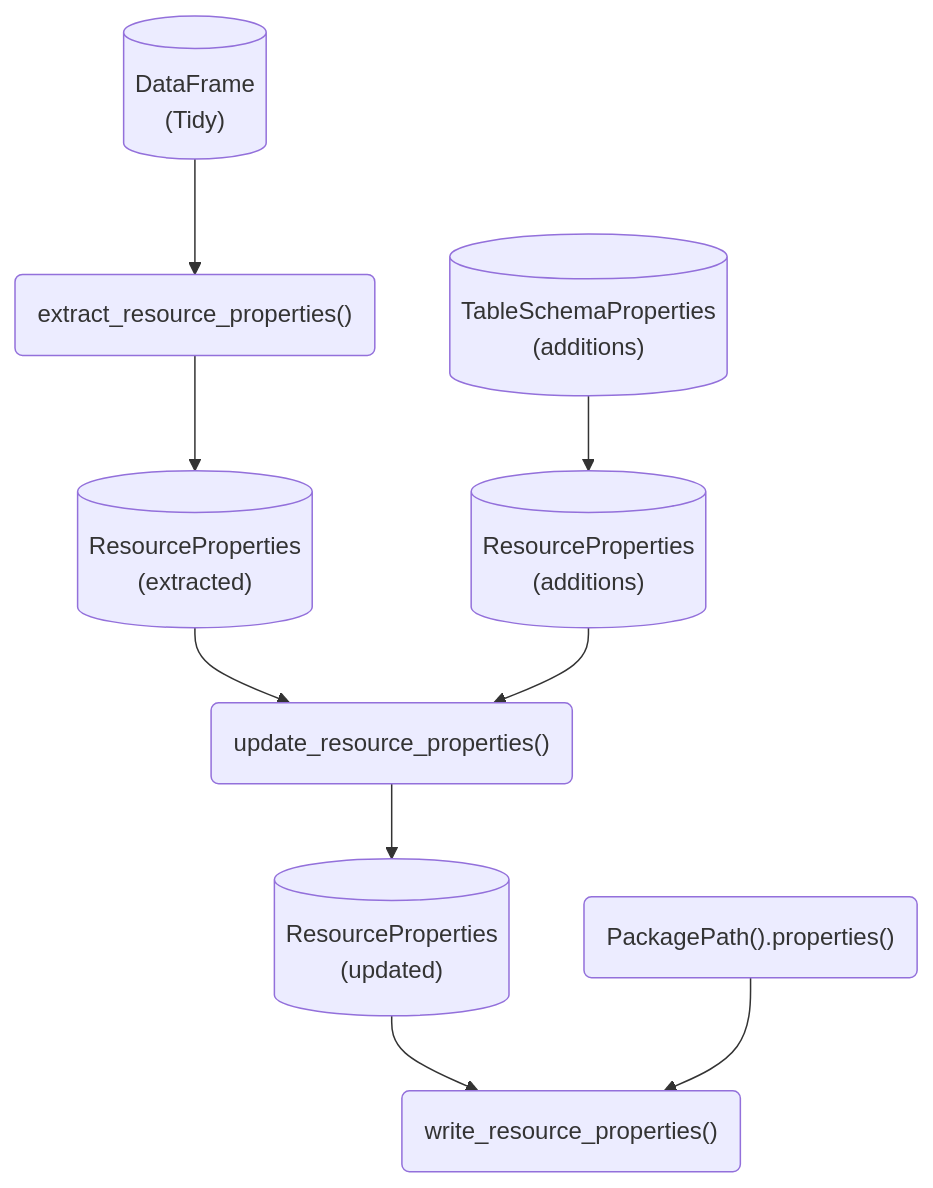
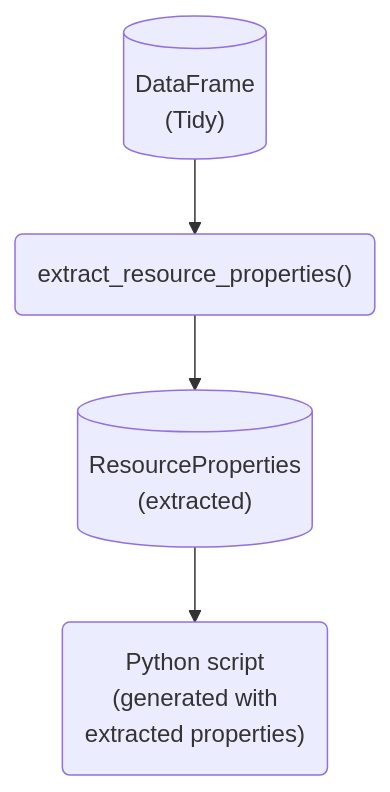
The second of 10 diagrams in docs/design/interface/flows.qmd (signekb/seedcase-sprout), drawn with Mermaid before and after one commit. The commit also changed other lines of this file and 6 other files, not shown here.

First line of the commit message:
refactor: :recycle: remove `update_package_properties()` and revise docs (#1355)

````diff
--- a/docs/design/interface/flows.qmd
+++ b/docs/design/interface/flows.qmd
@@ -100,24 +80,14 @@
 ```{mermaid}
 %%| label: fig-flow-extract-resource-properties
 %%| fig-cap: "Diagram showing the flow of objects and functions to extract resource properties from data."
 %%| fig-alt: "A flow diagram showing the steps to extract resource properties from data."
 flowchart
     data[("DataFrame<br>(Tidy)")]
     properties_extracted[("ResourceProperties<br>(extracted)")]
-    properties_updates[("ResourceProperties<br>(additions)")]
-    schema_properties_updates[("TableSchemaProperties<br>(additions)")]
-    properties_updated[("ResourceProperties<br>(updated)")]
-    update_resource_properties("update_resource_properties()")
-    path_properties("PackagePath().properties()")
     extract_resource_properties("extract_resource_properties()")
-    write_resource_properties("write_resource_properties()")
+    python_script("Python script<br>(generated with<br>extracted properties)")
 
     data --> extract_resource_properties
     extract_resource_properties --> properties_extracted
-    properties_extracted --> update_resource_properties
-    schema_properties_updates --> properties_updates
-    properties_updates --> update_resource_properties
-    update_resource_properties --> properties_updated
-    properties_updated --> write_resource_properties
-    path_properties --> write_resource_properties
+    properties_extracted --> python_script
 ```
````
